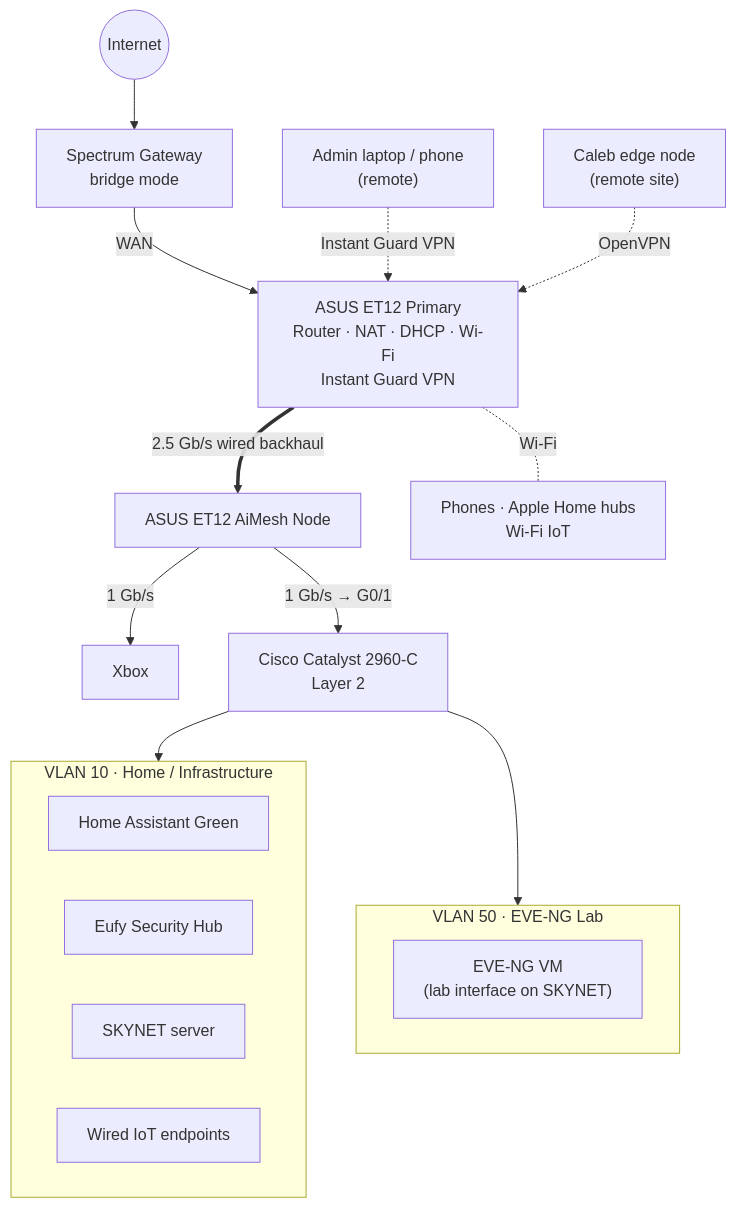
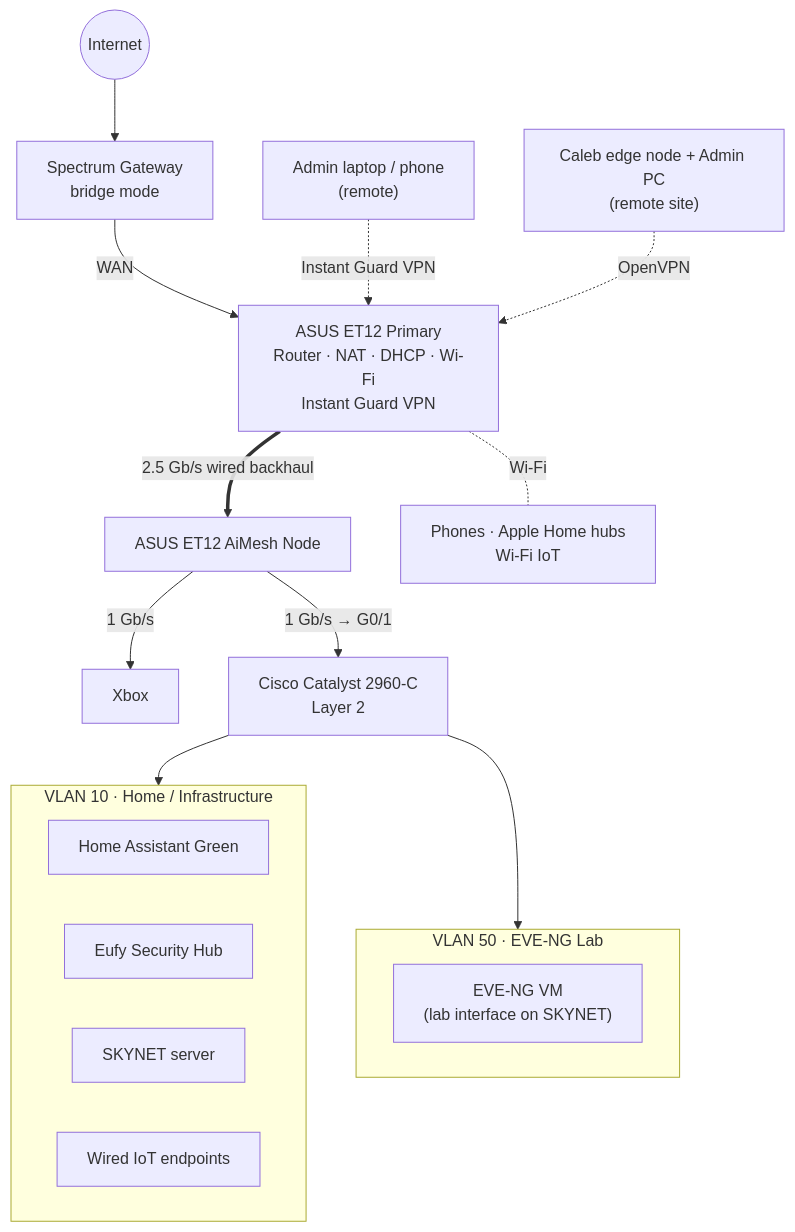
The third of 11 diagrams in README.md (VicDubose/Smart-Home-Infrastructure), drawn with Mermaid before and after one commit.

Commit message:
Update Caleb edge node description in README

````diff
--- a/README.md
+++ b/README.md
@@ -356,26 +356,26 @@
 ```mermaid
 flowchart TB
     NET((Internet)) --> SPEC["Spectrum Gateway<br/>bridge mode"]
     SPEC -->|WAN| ET1["ASUS ET12 Primary<br/>Router · NAT · DHCP · Wi-Fi<br/>Instant Guard VPN"]
     ET1 ==>|"2.5 Gb/s wired backhaul"| ET2["ASUS ET12 AiMesh Node"]
     ET2 -->|1 Gb/s| XBOX[Xbox]
     ET2 -->|"1 Gb/s → G0/1"| SW["Cisco Catalyst 2960-C<br/>Layer 2"]
 
     subgraph V10["VLAN 10 · Home / Infrastructure"]
         HA["Home Assistant Green"]
         EUFY["Eufy Security Hub"]
         SKY["SKYNET server"]
         IOT["Wired IoT endpoints"]
     end
 
     subgraph V50["VLAN 50 · EVE-NG Lab"]
         EVE["EVE-NG VM<br/>(lab interface on SKYNET)"]
     end
 
     SW --> V10
     SW --> V50
     ET1 -. Wi-Fi .- WIFI["Phones · Apple Home hubs<br/>Wi-Fi IoT"]
 
     REMOTE["Admin laptop / phone<br/>(remote)"] -. "Instant Guard VPN" .-> ET1
-    CALEB["Caleb edge node<br/>(remote site)"] -. "OpenVPN" .-> ET1
+    CALEB["Caleb edge node + Admin PC<br/>(remote site)"] -. "OpenVPN" .-> ET1
 ```
````
